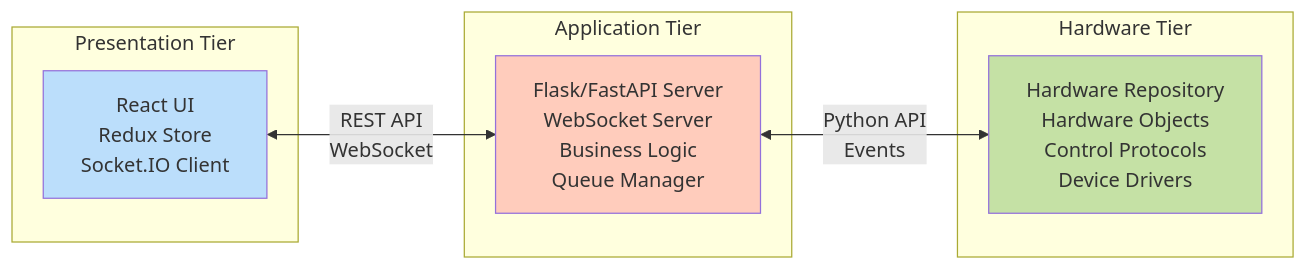
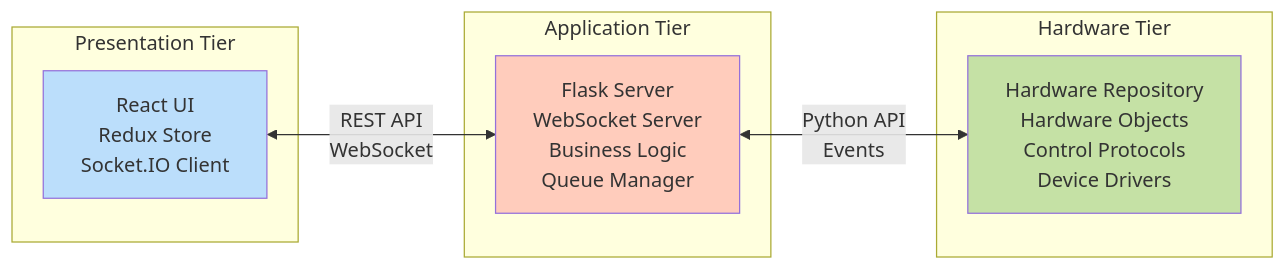
One commit to mxcube/mxcubecore changed the second of 14 diagrams in docs/source/dev/architecture.md. Above: the diagram before and after it, drawn with Mermaid. The commit also changed other lines of this file, not shown here.

Commit message:
docs: replace FastAPI mentions with Flask in architecture

````diff
--- a/docs/source/dev/architecture.md
+++ b/docs/source/dev/architecture.md
@@ -84,21 +84,21 @@
 ```mermaid
 graph LR
     subgraph "Presentation Tier"
         A[React UI<br/>Redux Store<br/>Socket.IO Client]
     end
     
     subgraph "Application Tier"
-        B[Flask/FastAPI Server<br/>WebSocket Server<br/>Business Logic<br/>Queue Manager]
+        B[Flask Server<br/>WebSocket Server<br/>Business Logic<br/>Queue Manager]
     end
     
     subgraph "Hardware Tier"
         C[Hardware Repository<br/>Hardware Objects<br/>Control Protocols<br/>Device Drivers]
     end
     
     A <-->|REST API<br/>WebSocket| B
     B <-->|Python API<br/>Events| C
     
     style A fill:#bbdefb
     style B fill:#ffccbc
     style C fill:#c5e1a5
 ```
````
